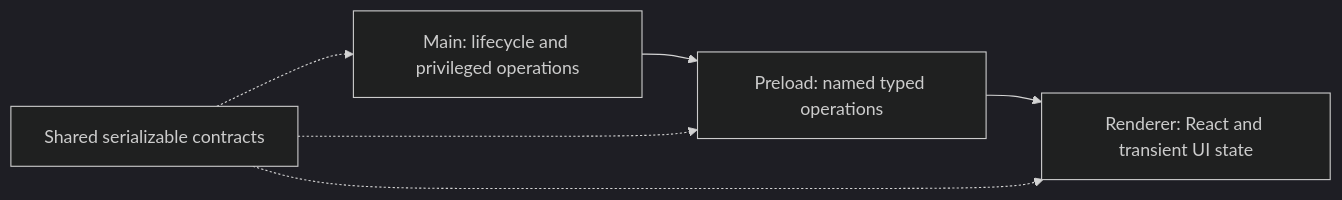
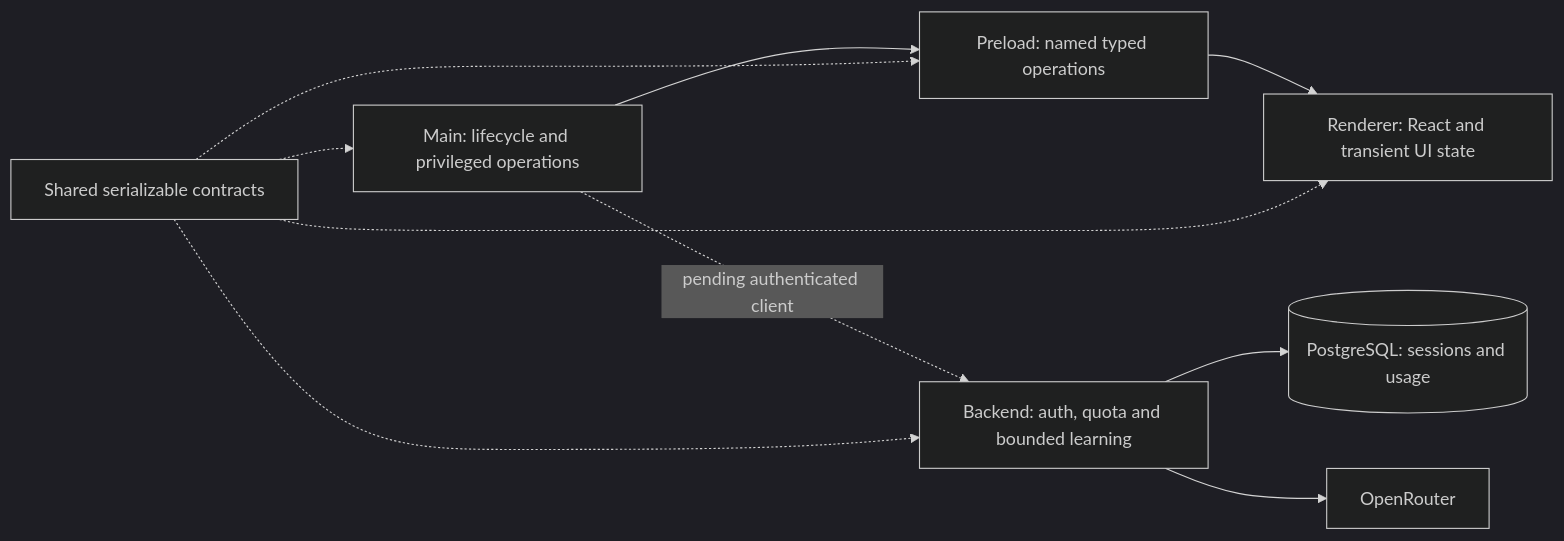
Before and after one commit to aaryandas/applied-research: the diagram in context/architecture.md, drawn with Mermaid (dark theme). The commit also changed other lines of this file and 45 other files, not shown here.

Commit message:
Integrate reviewed authenticated backend with supported SQLite binding

````diff
--- a/context/architecture.md
+++ b/context/architecture.md
@@ -25,8 +25,12 @@
 ```mermaid
 flowchart LR
   Main[Main: lifecycle and privileged operations] --> Preload[Preload: named typed operations]
   Preload --> Renderer[Renderer: React and transient UI state]
+  Main -. pending authenticated client .-> Backend[Backend: auth, quota and bounded learning]
+  Backend --> PostgreSQL[(PostgreSQL: sessions and usage)]
+  Backend --> OpenRouter[OpenRouter]
   Contracts[Shared serializable contracts] -.-> Main
   Contracts -.-> Preload
   Contracts -.-> Renderer
+  Contracts -.-> Backend
 ```
````
